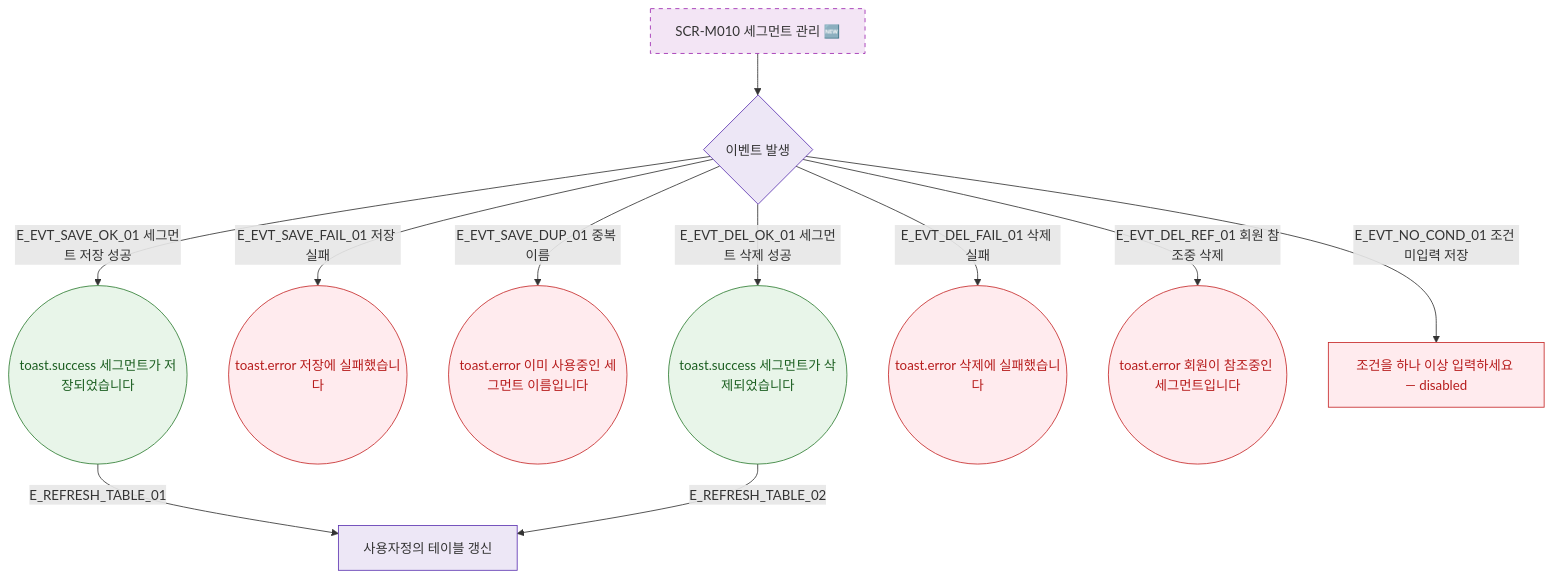
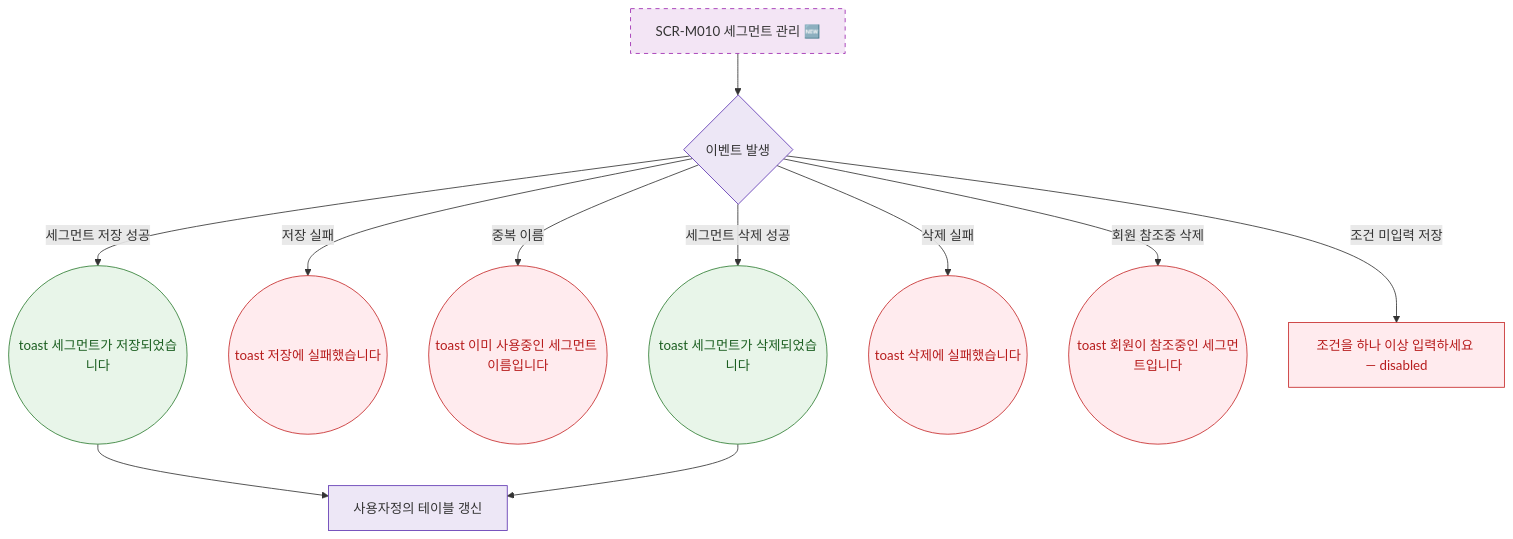
One commit to dev-spogym/admin-pando changed the diagram in docs/다이어그램/D02_회원관리/SCR-M010_세그먼트관리/F9_토스트피드백.md. Above: the diagram before and after it, drawn with Mermaid. The commit also changed other lines of this file and 1660 other files, not shown here.

First line of the commit message:
다이어그램: 기획자/클라이언트 납품본으로 정리

````diff
--- a/docs/다이어그램/D02_회원관리/SCR-M010_세그먼트관리/F9_토스트피드백.md
+++ b/docs/다이어그램/D02_회원관리/SCR-M010_세그먼트관리/F9_토스트피드백.md
@@ -22,27 +20,27 @@
 ```mermaid
 flowchart TD
   SCR_M010[SCR-M010 세그먼트 관리 🆕]
 
   SCR_M010 --> EVT{이벤트 발생}
 
-  EVT -->|E_EVT_SAVE_OK_01 세그먼트 저장 성공| TOAST_SAVE_OK((toast.success 세그먼트가 저장되었습니다))
-  EVT -->|E_EVT_SAVE_FAIL_01 저장 실패| TOAST_SAVE_ERR((toast.error 저장에 실패했습니다))
-  EVT -->|E_EVT_SAVE_DUP_01 중복 이름| TOAST_DUP((toast.error 이미 사용중인 세그먼트 이름입니다))
-  EVT -->|E_EVT_DEL_OK_01 세그먼트 삭제 성공| TOAST_DEL_OK((toast.success 세그먼트가 삭제되었습니다))
-  EVT -->|E_EVT_DEL_FAIL_01 삭제 실패| TOAST_DEL_ERR((toast.error 삭제에 실패했습니다))
-  EVT -->|E_EVT_DEL_REF_01 회원 참조중 삭제| TOAST_REF((toast.error 회원이 참조중인 세그먼트입니다))
-  EVT -->|E_EVT_NO_COND_01 조건 미입력 저장| FIELD_ERR[조건을 하나 이상 입력하세요 — disabled]
+  EVT -->|세그먼트 저장 성공|TOAST_SAVE_OK((toast 세그먼트가 저장되었습니다))
+  EVT -->|저장 실패|TOAST_SAVE_ERR((toast 저장에 실패했습니다))
+  EVT -->|중복 이름|TOAST_DUP((toast 이미 사용중인 세그먼트 이름입니다))
+  EVT -->|세그먼트 삭제 성공|TOAST_DEL_OK((toast 세그먼트가 삭제되었습니다))
+  EVT -->|삭제 실패|TOAST_DEL_ERR((toast 삭제에 실패했습니다))
+  EVT -->|회원 참조중 삭제|TOAST_REF((toast 회원이 참조중인 세그먼트입니다))
+  EVT -->|조건 미입력 저장|FIELD_ERR[조건을 하나 이상 입력하세요 — disabled]
 
-  TOAST_SAVE_OK -->|E_REFRESH_TABLE_01| REFRESH[사용자정의 테이블 갱신]
-  TOAST_DEL_OK  -->|E_REFRESH_TABLE_02| REFRESH
+  TOAST_SAVE_OK --> REFRESH[사용자정의 테이블 갱신]
+  TOAST_DEL_OK --> REFRESH
 
   classDef newFeature fill:#F3E5F5,stroke:#9C27B0,stroke-dasharray:5 5
-  classDef success    fill:#E8F5E9,stroke:#2E7D32,color:#1B5E20
-  classDef error      fill:#FFEBEE,stroke:#C62828,color:#B71C1C
-  classDef system     fill:#EDE7F6,stroke:#5E35B2
+  classDef success fill:#E8F5E9,stroke:#2E7D32,color:#1B5E20
+  classDef error fill:#FFEBEE,stroke:#C62828,color:#B71C1C
+  classDef system fill:#EDE7F6,stroke:#5E35B2
 
   class SCR_M010 newFeature
   class TOAST_SAVE_OK,TOAST_DEL_OK success
   class TOAST_SAVE_ERR,TOAST_DUP,TOAST_DEL_ERR,TOAST_REF,FIELD_ERR error
   class EVT,REFRESH system
 ```
````
